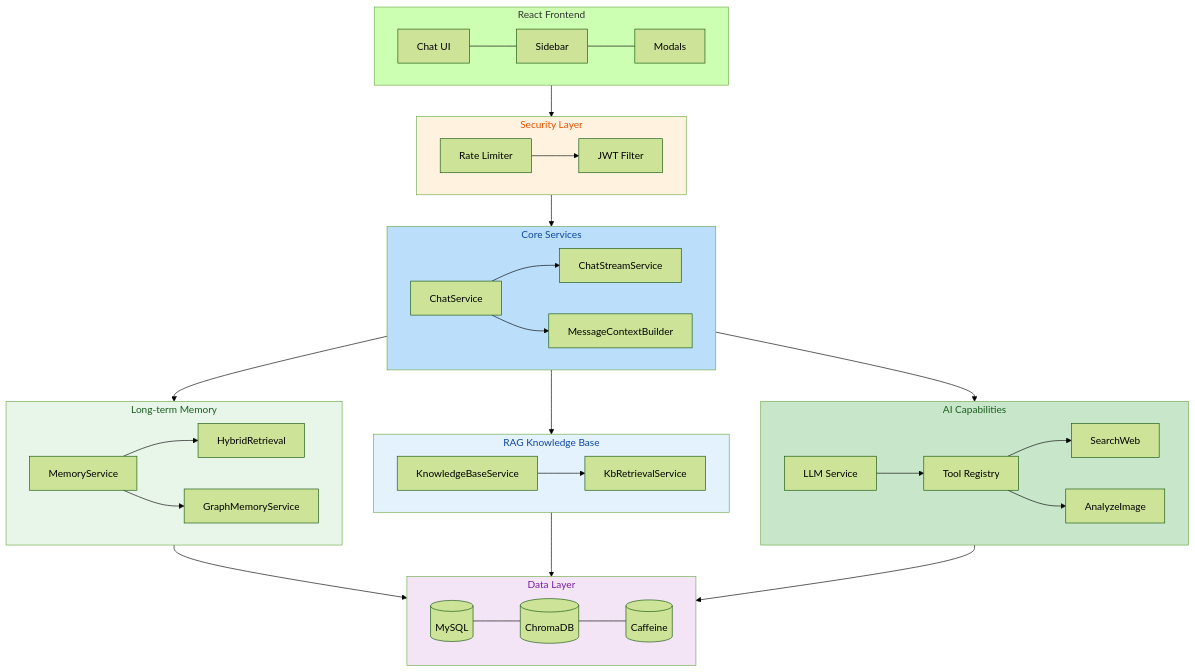
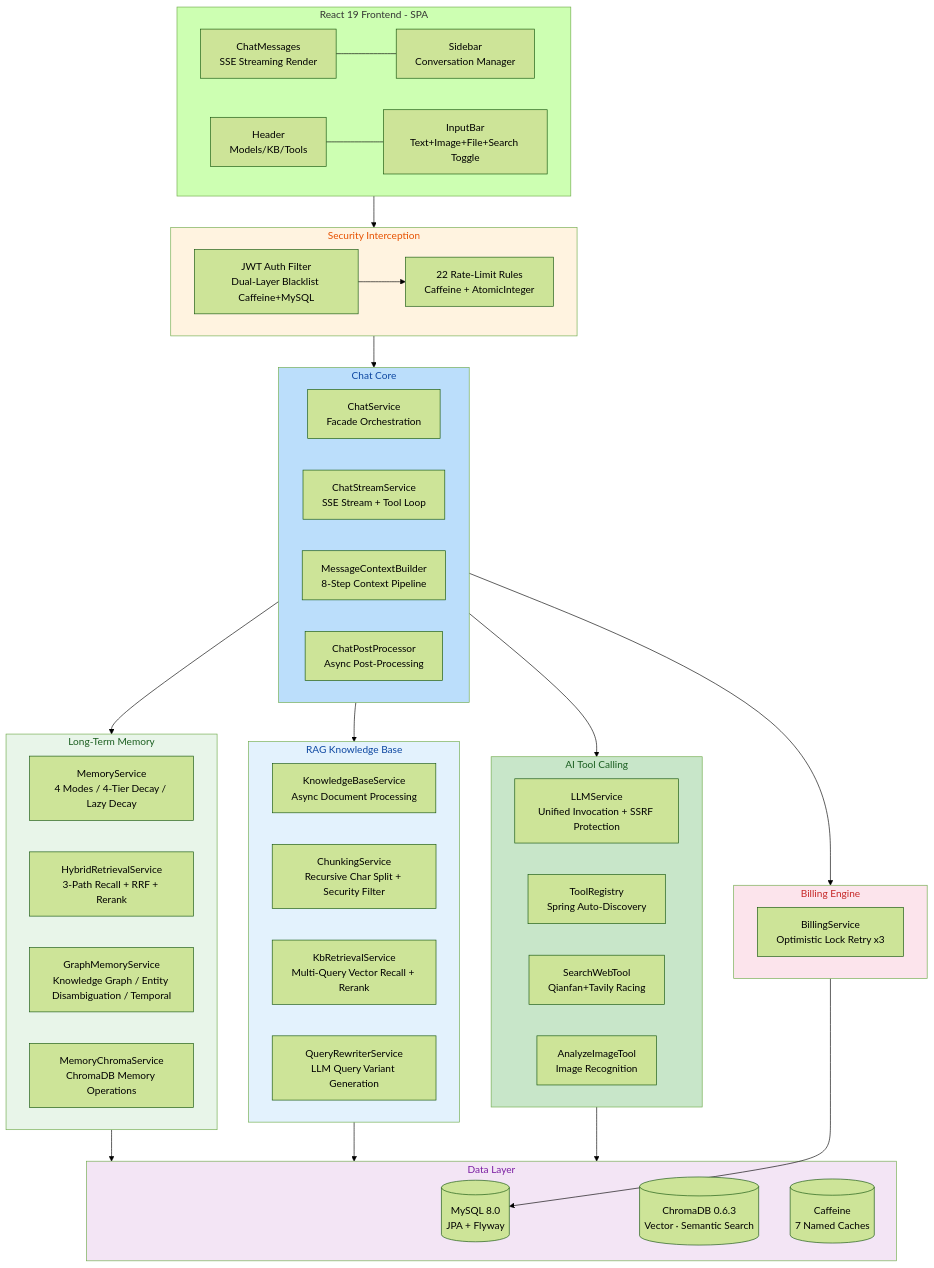
The diagram in README_EN.md (kleetor/AiChat), drawn with Mermaid (forest theme) before and after one commit. The commit also changed other lines of this file and 1 other file, not shown here.

````diff
--- a/README_EN.md
+++ b/README_EN.md
@@ -84,46 +274,69 @@
 ```mermaid
 flowchart TB
-    subgraph Frontend["React Frontend"]
-        FE[Chat UI] --- SS[Sidebar] --- MD[Modals]
+    subgraph Frontend["React 19 Frontend - SPA"]
+        ChatUI[ChatMessages<br/>SSE Streaming Render] --- Sidebar[Sidebar<br/>Conversation Manager]
+        Header[Header<br/>Models/KB/Tools] --- Input[InputBar<br/>Text+Image+File+Search Toggle]
     end
 
-    subgraph Security["Security Layer"]
-        RL[Rate Limiter] --> JWT[JWT Filter]
+    subgraph Security["Security Interception"]
+        RL[22 Rate-Limit Rules<br/>Caffeine + AtomicInteger]
+        JWT[JWT Auth Filter<br/>Dual-Layer Blacklist Caffeine+MySQL]
+        --> RL
     end
 
-    subgraph Core["Core Services"]
-        CS[ChatService] --> CSS[ChatStreamService]
-        CS --> MCB[MessageContextBuilder]
+    subgraph Core["Chat Core"]
+        CS[ChatService<br/>Facade Orchestration]
+        CSS[ChatStreamService<br/>SSE Stream + Tool Loop]
+        MCB[MessageContextBuilder<br/>8-Step Context Pipeline]
+        CPP[ChatPostProcessor<br/>Async Post-Processing]
     end
 
-    subgraph Memory["Long-term Memory"]
-        MS[MemoryService] --> HR[HybridRetrieval]
-        MS --> GM[GraphMemoryService]
+    subgraph Memory["Long-Term Memory"]
+        MS[MemoryService<br/>4 Modes / 4-Tier Decay / Lazy Decay]
+        HR[HybridRetrievalService<br/>3-Path Recall + RRF + Rerank]
+        GM[GraphMemoryService<br/>Knowledge Graph / Entity Disambiguation / Temporal]
+        MCS[MemoryChromaService<br/>ChromaDB Memory Operations]
     end
 
     subgraph KB["RAG Knowledge Base"]
-        KBS[KnowledgeBaseService] --> KBR[KbRetrievalService]
+        KBS[KnowledgeBaseService<br/>Async Document Processing]
+        CK[ChunkingService<br/>Recursive Char Split + Security Filter]
+        KBR[KbRetrievalService<br/>Multi-Query Vector Recall + Rerank]
+        QW[QueryRewriterService<br/>LLM Query Variant Generation]
     end
 
-    subgraph AILayer["AI Capabilities"]
-        LLM[LLM Service] --> TR[Tool Registry]
-        TR --> SW[SearchWeb]
-        TR --> Img[AnalyzeImage]
+    subgraph Tools["AI Tool Calling"]
+        LLM[LLMService<br/>Unified Invocation + SSRF Protection]
+        TR[ToolRegistry<br/>Spring Auto-Discovery]
+        SW[SearchWebTool<br/>Qianfan+Tavily Racing]
+        Img[AnalyzeImageTool<br/>Image Recognition]
+    end
+
+    subgraph Billing["Billing Engine"]
+        BS[BillingService<br/>Optimistic Lock Retry x3]
     end
 
     subgraph DataLayer["Data Layer"]
-        DB[(MySQL)] --- CDB[(ChromaDB)] --- Cache[(Caffeine)]
+        DB[(MySQL 8.0<br/>JPA + Flyway)]
+        CDB[(ChromaDB 0.6.3<br/>Vector · Semantic Search)]
+        Cache[(Caffeine<br/>7 Named Caches)]
     end
 
     Frontend --> Security --> Core
-    Core --> Memory & KB & AILayer
-    Memory & KB --> DataLayer
-    AILayer --> DataLayer
+    Core --> Memory
+    Core --> KB
+    Core --> Tools
+    Core --> Billing
+    Memory --> DataLayer
+    KB --> DataLayer
+    Tools --> DataLayer
+    Billing --> DB
 
     style Security fill:#fff3e0,color:#e65100
     style Core fill:#bbdefb,color:#0d47a1
     style Memory fill:#e8f5e9,color:#1b5e20
     style KB fill:#e3f2fd,color:#0d47a1
-    style AILayer fill:#c8e6c9,color:#1a5e20
+    style Tools fill:#c8e6c9,color:#1a5e20
     style DataLayer fill:#f3e5f5,color:#7b1fa2
+    style Billing fill:#fce4ec,color:#c62828
 ```
````
